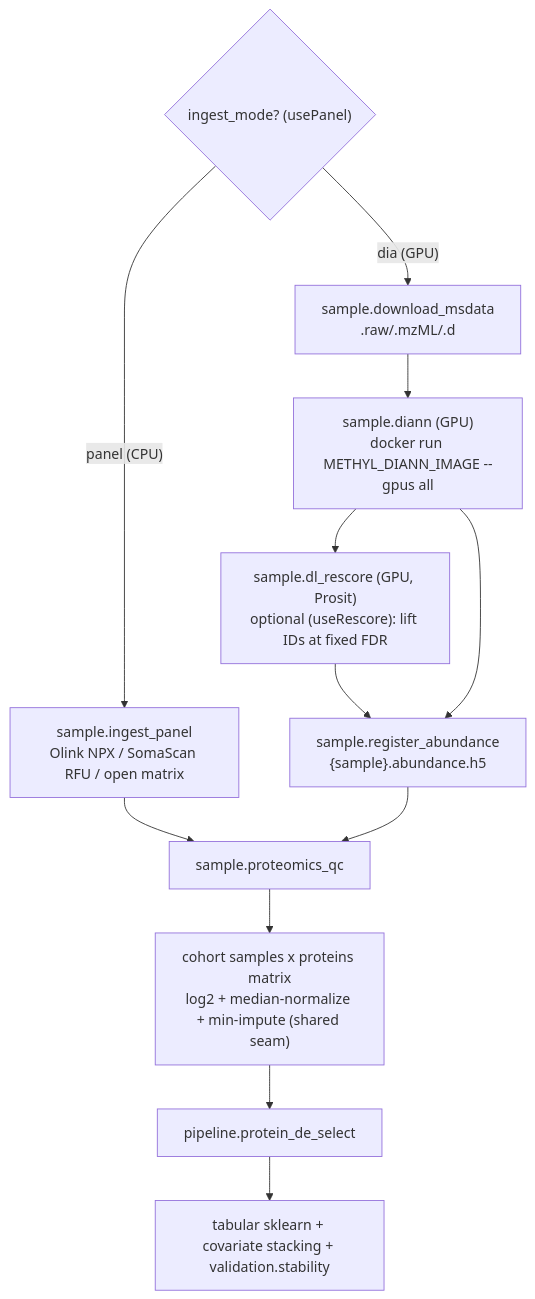
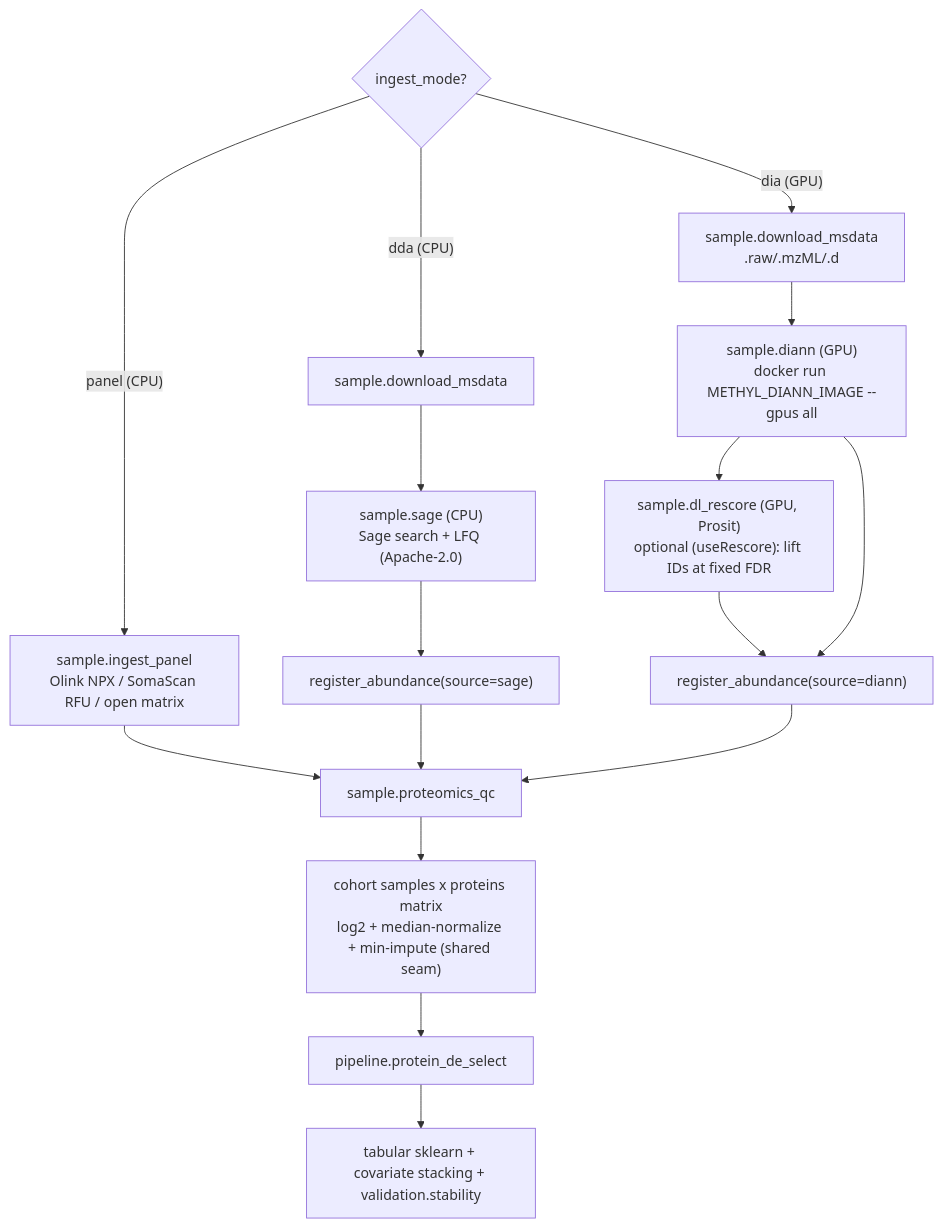
The diagram in docs/architecture/end-to-end-workflow-proteomics.md (Goliath-Research/GoliathWorkflow), drawn with Mermaid before and after one commit. The commit also changed other lines of this file and 36 other files, not shown here.

First line of the commit message:
Implement DDA support via Sage in proteomics workflow

````diff
--- a/docs/architecture/end-to-end-workflow-proteomics.md
+++ b/docs/architecture/end-to-end-workflow-proteomics.md
@@ -15,15 +15,17 @@
 ```mermaid
 flowchart TD
-  src{"ingest_mode? (usePanel)"}
+  src{"ingest_mode?"}
   src -->|"panel (CPU)"| panel["sample.ingest_panel<br/>Olink NPX / SomaScan RFU / open matrix"]
+  src -->|"dda (CPU)"| dl2["sample.download_msdata"] --> sage["sample.sage (CPU)<br/>Sage search + LFQ (Apache-2.0)"] --> regs["register_abundance(source=sage)"]
   src -->|"dia (GPU)"| dl["sample.download_msdata<br/>.raw/.mzML/.d"]
   dl --> diann["sample.diann (GPU)<br/>docker run METHYL_DIANN_IMAGE --gpus all"]
   diann --> rescore["sample.dl_rescore (GPU, Prosit)<br/>optional (useRescore): lift IDs at fixed FDR"]
-  rescore --> reg["sample.register_abundance<br/>{sample}.abundance.h5"]
+  rescore --> reg["register_abundance(source=diann)"]
   diann --> reg
   panel --> qc
+  regs --> qc
   reg --> qc["sample.proteomics_qc"]
   qc --> mat["cohort samples x proteins matrix<br/>log2 + median-normalize + min-impute (shared seam)"]
   mat --> de["pipeline.protein_de_select"]
   de --> model["tabular sklearn + covariate stacking + validation.stability"]
 ```
````
